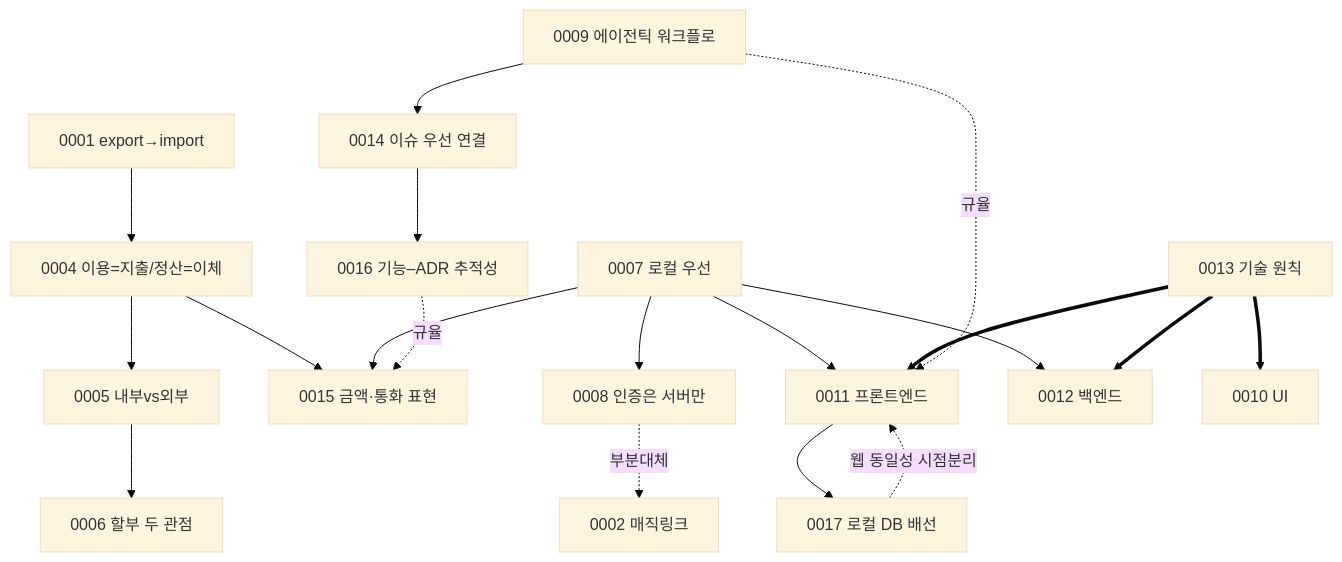
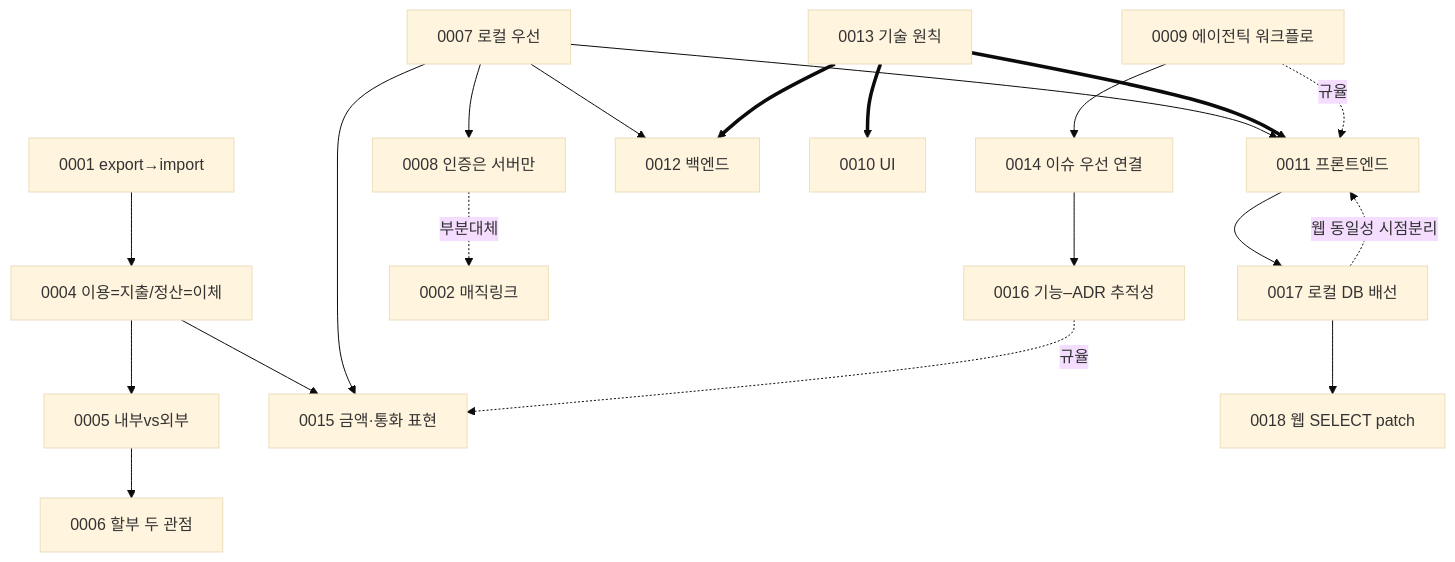
One commit to htcmw/kakebo changed the diagram in docs/decisions/README.md. Above: the diagram before and after it, drawn with Mermaid (base theme). The commit also changed other lines of this file and 2 other files, not shown here.

First line of the commit message:
docs(adr): expo-sqlite 웹 SELECT patch 결정 기록 (ADR-0018)

````diff
--- a/docs/decisions/README.md
+++ b/docs/decisions/README.md
@@ -19,20 +19,21 @@
 ```mermaid
 graph TD
   A1[0001 export→import] --> F4[0004 이용=지출/정산=이체]
   F4 --> F5[0005 내부vs외부] --> F6[0006 할부 두 관점]
   F4 --> F15[0015 금액·통화 표현]
   R7[0007 로컬 우선] --> R8[0008 인증은 서버만]
   R7 --> F15
   R7 --> T11[0011 프론트엔드]
   R7 --> T12[0012 백엔드]
   T11 --> T17[0017 로컬 DB 배선]
   T17 -. 웹 동일성 시점분리 .-> T11
+  T17 --> T18[0018 웹 SELECT patch]
   R8 -. 부분대체 .-> R2[0002 매직링크]
   T13[0013 기술 원칙] ==> T10[0010 UI]
   T13 ==> T11
   T13 ==> T12
   M9[0009 에이전틱 워크플로] -. 규율 .-> T11
   M9 --> M14[0014 이슈 우선 연결]
   M14 --> M16[0016 기능–ADR 추적성]
   M16 -. 규율 .-> F15
 ```
````
